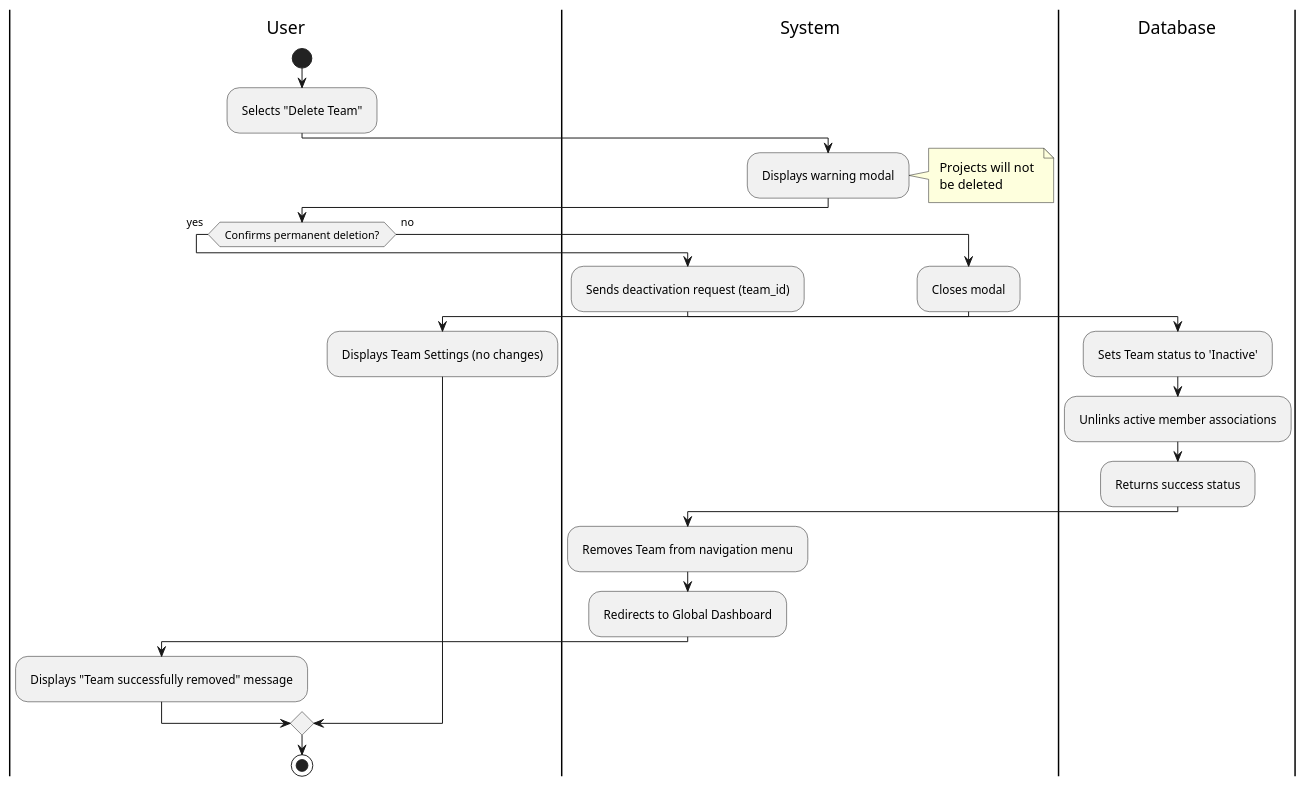
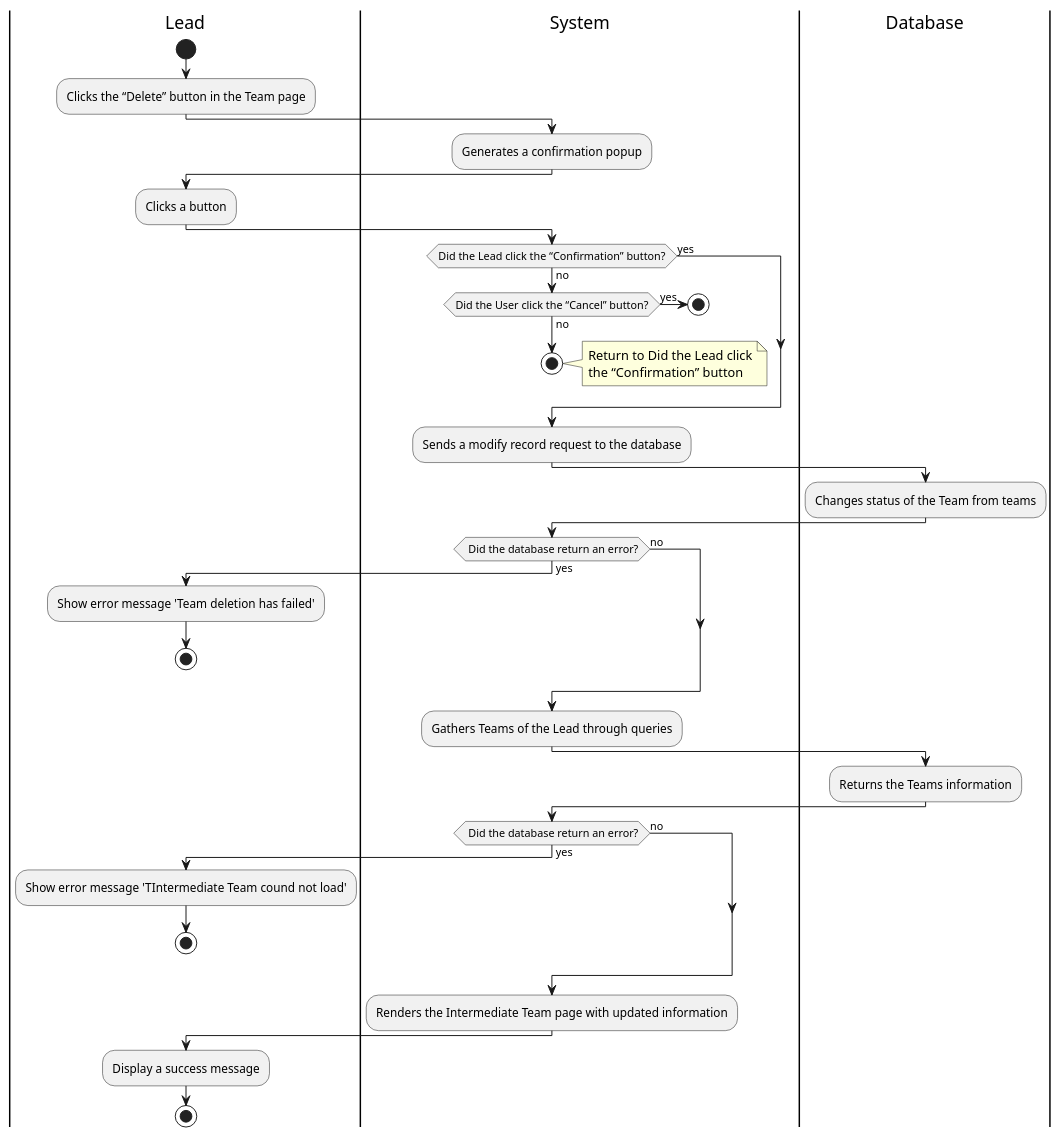
The diagram in documentation/activity_diagrams/TEAM-03-ActivityDiagram.puml (Berthou05/LimboSoftwareDevelopment_Change.org), drawn with PlantUML before and after one commit. The commit also changed 10 other files, not shown here.

```diff
--- a/documentation/activity_diagrams/TEAM-03-ActivityDiagram.puml
+++ b/documentation/activity_diagrams/TEAM-03-ActivityDiagram.puml
@@ -1,37 +1,54 @@
 @startuml
-skinparam ActivityDiamondMaxWidth 100
-skinparam Padding 5
+|Lead|
+start
+:Clicks the “Delete” button in the Team page;
+|System|
+:Generates a confirmation popup;
+|Lead|
+:Clicks a button;
+|System|
+if(Did the Lead click the “Confirmation” button?)is(yes)then
 
-|User|
-start
-:Selects "Delete Team";
+else(no)
+    if(Did the User click the “Cancel” button?)is(yes)then
+        stop
+    else(no)
+        stop
+        note right
+        Return to Did the Lead click
+        the “Confirmation” button
+        end note
+    endif
+endif
 
 |System|
-:Displays warning modal;
-note right: Projects will not\nbe deleted
-
-|User|
-if (Confirms permanent deletion?) then (yes)
+:Sends a modify record request to the database;
+|Database|
+:Changes status of the Team from teams;
+|System|
+if( Did the database return an error?)is(yes)then
+    |Lead|
+    :Show error message 'Team deletion has failed';
+    stop
     |System|
-    :Sends deactivation request (team_id);
-    
-    |Database|
-    :Sets Team status to 'Inactive';
-    :Unlinks active member associations;
-    :Returns success status;
-    
-    |System|
-    :Removes Team from navigation menu;
-    :Redirects to Global Dashboard;
-    |User|
-    :Displays "Team successfully removed" message;
-else (no)
-    |System|
-    :Closes modal;
-    |User|
-    :Displays Team Settings (no changes);
+else(no)
 endif
 
-|User|
+|System|
+:Gathers Teams of the Lead through queries;
+|Database|
+:Returns the Teams information;
+|System|
+if( Did the database return an error?)is(yes)then
+    |Lead|
+    :Show error message 'TIntermediate Team cound not load';
+    stop
+
+else(no)
+endif
+|System|
+:Renders the Intermediate Team page with updated information;
+|Lead|
+:Display a success message;
 stop
 @enduml
```
